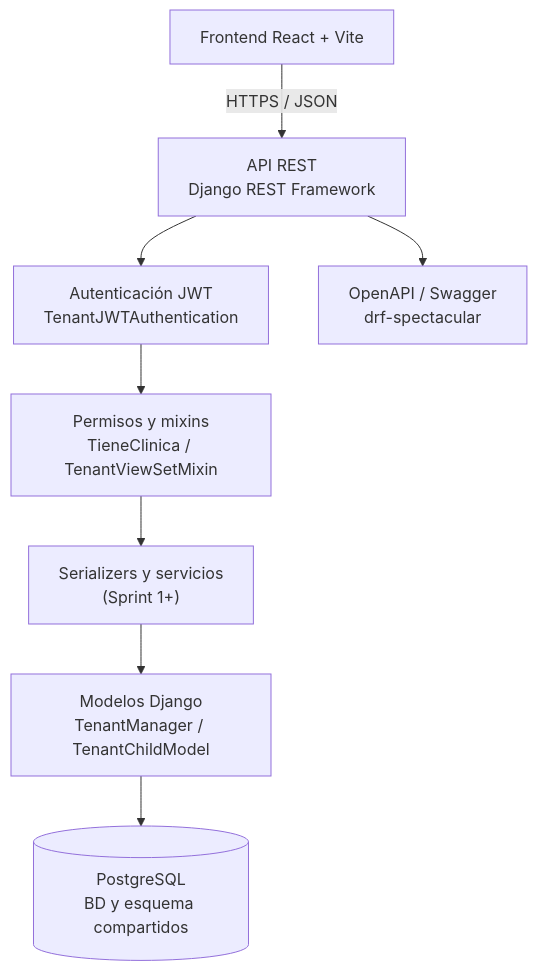
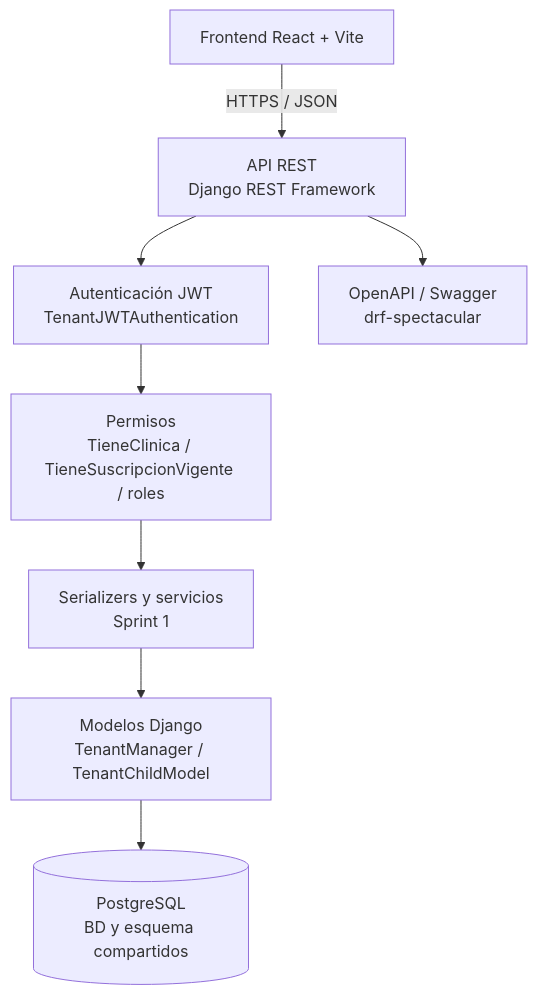
The first of 2 diagrams in docs/arquitectura.md (JoseVictor25/clinica), drawn with Mermaid before and after one commit. The commit also changed other lines of this file and 39 other files, not shown here.

````diff
--- a/docs/arquitectura.md
+++ b/docs/arquitectura.md
@@ -21,10 +21,10 @@
 ```mermaid
 flowchart TB
     FE["Frontend React + Vite"] -->|HTTPS / JSON| API["API REST<br/>Django REST Framework"]
     API --> AUTH["Autenticación JWT<br/>TenantJWTAuthentication"]
-    AUTH --> PERM["Permisos y mixins<br/>TieneClinica / TenantViewSetMixin"]
-    PERM --> SER["Serializers y servicios<br/>(Sprint 1+)"]
+    AUTH --> PERM["Permisos<br/>TieneClinica / TieneSuscripcionVigente / roles"]
+    PERM --> SER["Serializers y servicios<br/>Sprint 1"]
     SER --> MODEL["Modelos Django<br/>TenantManager / TenantChildModel"]
     MODEL --> DB[("PostgreSQL<br/>BD y esquema compartidos")]
     API --> DOC["OpenAPI / Swagger<br/>drf-spectacular"]
 ```
````
